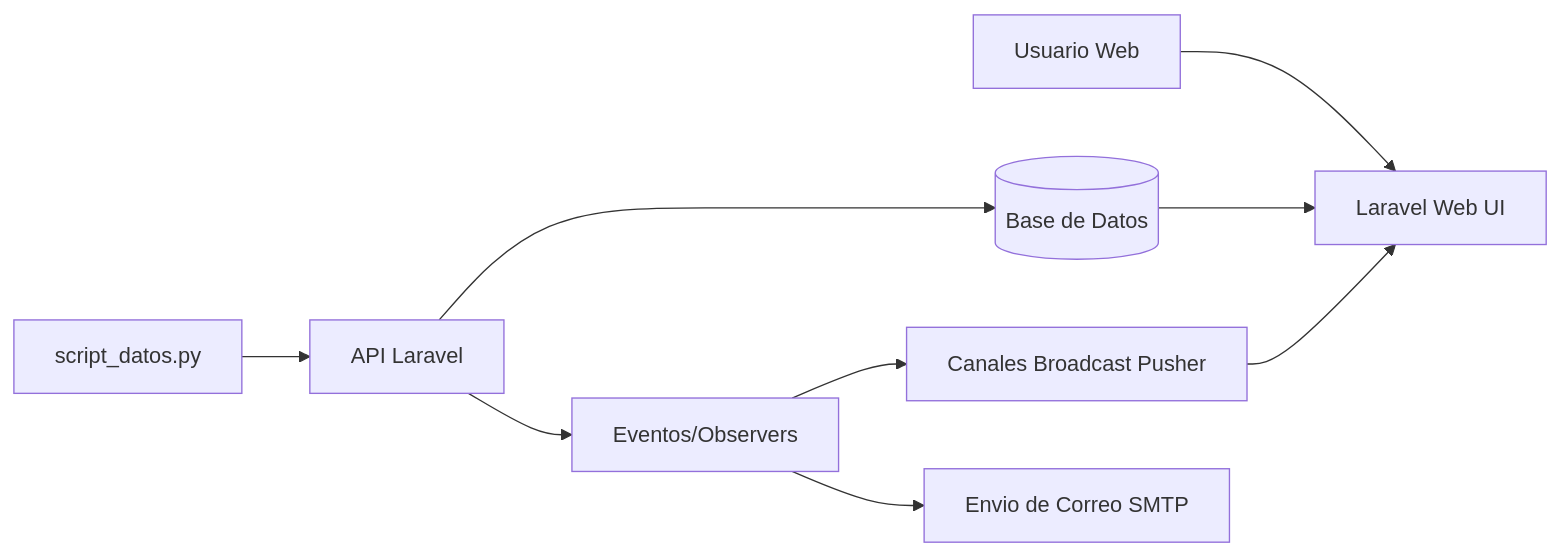
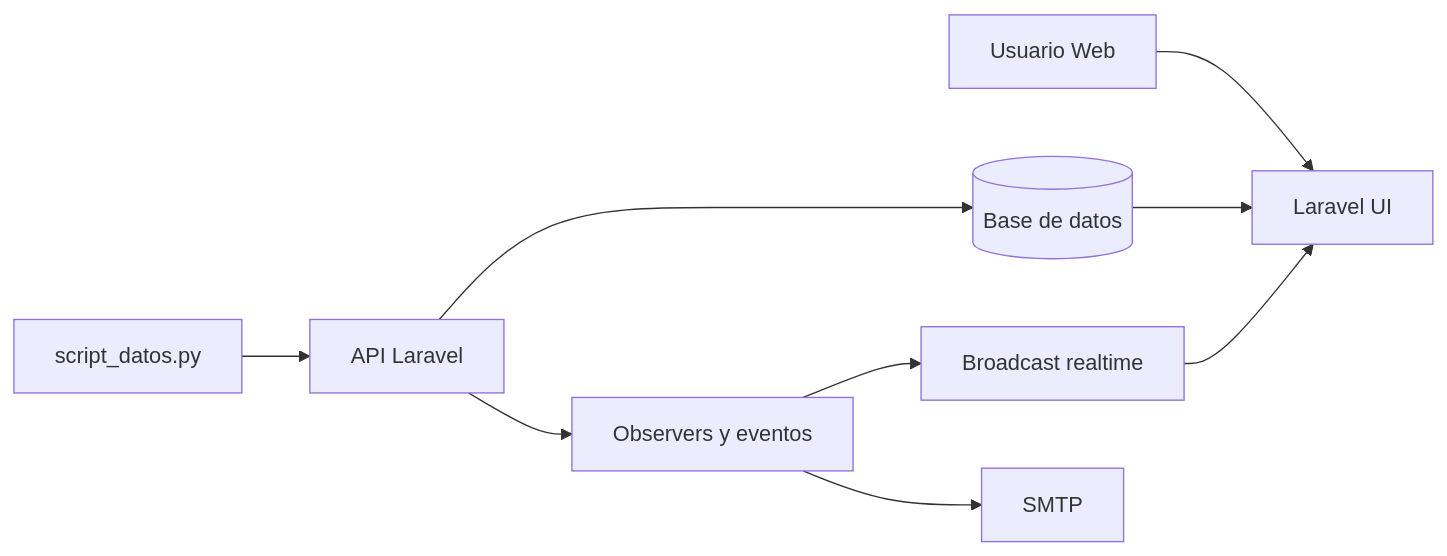
One commit to yojr23/iot-platform-v2 changed the first of 4 diagrams in DOCUMENTACION_PROYECTO.md. Above: the diagram before and after it, drawn with Mermaid. The commit also changed other lines of this file and 42 other files, not shown here.

````diff
--- a/DOCUMENTACION_PROYECTO.md
+++ b/DOCUMENTACION_PROYECTO.md
@@ -85,11 +69,11 @@
 ```mermaid
 flowchart LR
-    A[Usuario Web] --> B[Laravel Web UI]
-    C[script_datos.py] --> D[API Laravel]
-    D --> E[(Base de Datos)]
-    E --> B
-    D --> F[Eventos/Observers]
-    F --> G[Canales Broadcast Pusher]
-    G --> B
-    F --> H[Envio de Correo SMTP]
+    Web["Usuario Web"] --> UI["Laravel UI"]
+    Sim["script_datos.py"] --> Api["API Laravel"]
+    Api --> Db[(Base de datos)]
+    Db --> UI
+    Api --> Obs["Observers y eventos"]
+    Obs --> Br["Broadcast realtime"]
+    Br --> UI
+    Obs --> Mail["SMTP"]
 ```
````
